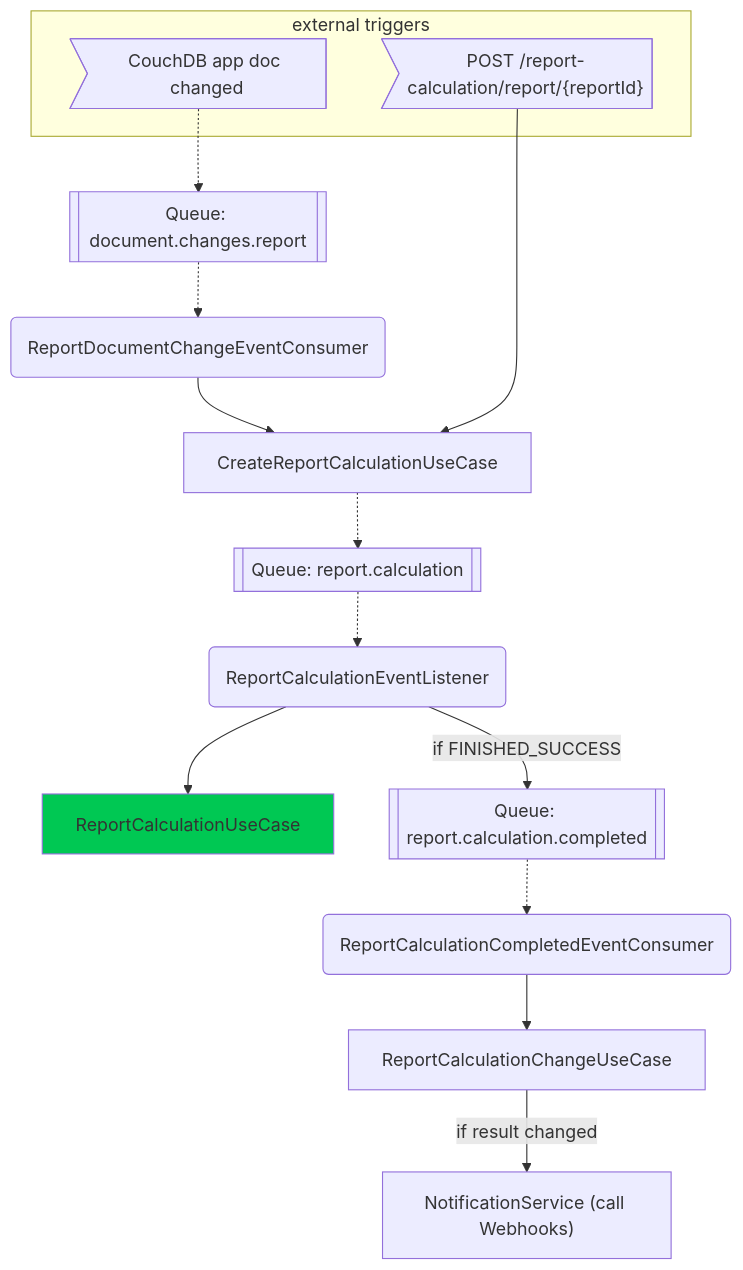
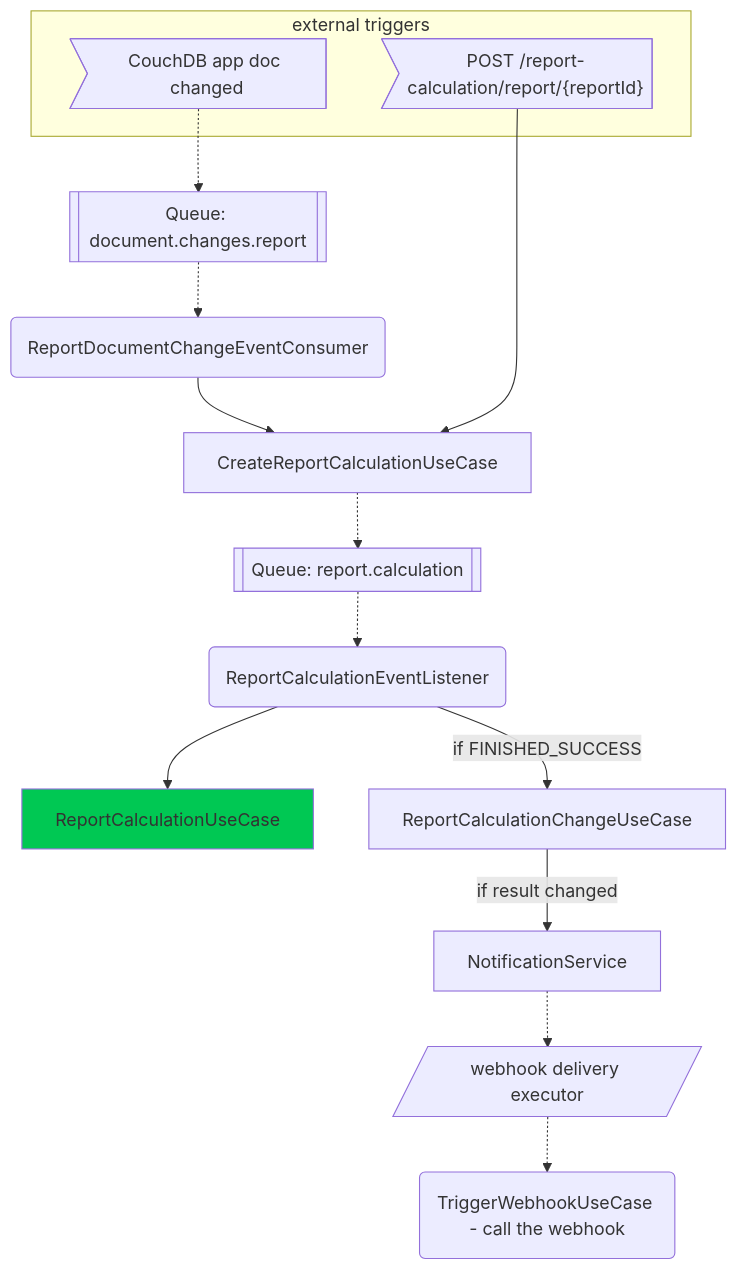
The diagram in application/aam-backend-service/src/main/kotlin/com/aamdigital/aambackendservice/reporting/README.md (Aam-Digital/aam-services), drawn with Mermaid before and after one commit. The commit also changed other lines of this file and 18 other files, not shown here.

````diff
--- a/application/aam-backend-service/src/main/kotlin/com/aamdigital/aambackendservice/reporting/README.md
+++ b/application/aam-backend-service/src/main/kotlin/com/aamdigital/aambackendservice/reporting/README.md
@@ -12,24 +14,24 @@
 ```mermaid
 flowchart TD
     subgraph trigger[external triggers]
         calculationRequest>"POST /report-calculation/report/{reportId}"]
         externalDocChange>"CouchDB app doc changed"]
     end
 
     externalDocChange -.-> Q_DocChanges
     Q_DocChanges[[Queue: document.changes.report]] -.-> ChangeEventConsumer
     ChangeEventConsumer(ReportDocumentChangeEventConsumer) --> CreateCalculation
     calculationRequest --> CreateCalculation
 
     CreateCalculation[CreateReportCalculationUseCase] -.-> Q_Calculation
     Q_Calculation[[Queue: report.calculation]] -.-> CalculationListener
     CalculationListener(ReportCalculationEventListener) --> Calculation
     Calculation[ReportCalculationUseCase]
     style Calculation fill:#00C853
 
-    CalculationListener -- if FINISHED_SUCCESS --> Q_Completed
-    Q_Completed[[Queue: report.calculation.completed]] -.-> CompletedConsumer
-    CompletedConsumer(ReportCalculationCompletedEventConsumer) --> CalculationChange
+    CalculationListener -- if FINISHED_SUCCESS --> CalculationChange
     CalculationChange[ReportCalculationChangeUseCase] -- if result changed --> WebhookNotification
-    WebhookNotification["NotificationService (call Webhooks)"]
+    WebhookNotification["NotificationService"] -.-> E_Webhook
+    E_Webhook[/webhook delivery executor/] -.-> TriggerWebhook
+    TriggerWebhook(TriggerWebhookUseCase - call the webhook)
 ```
````
